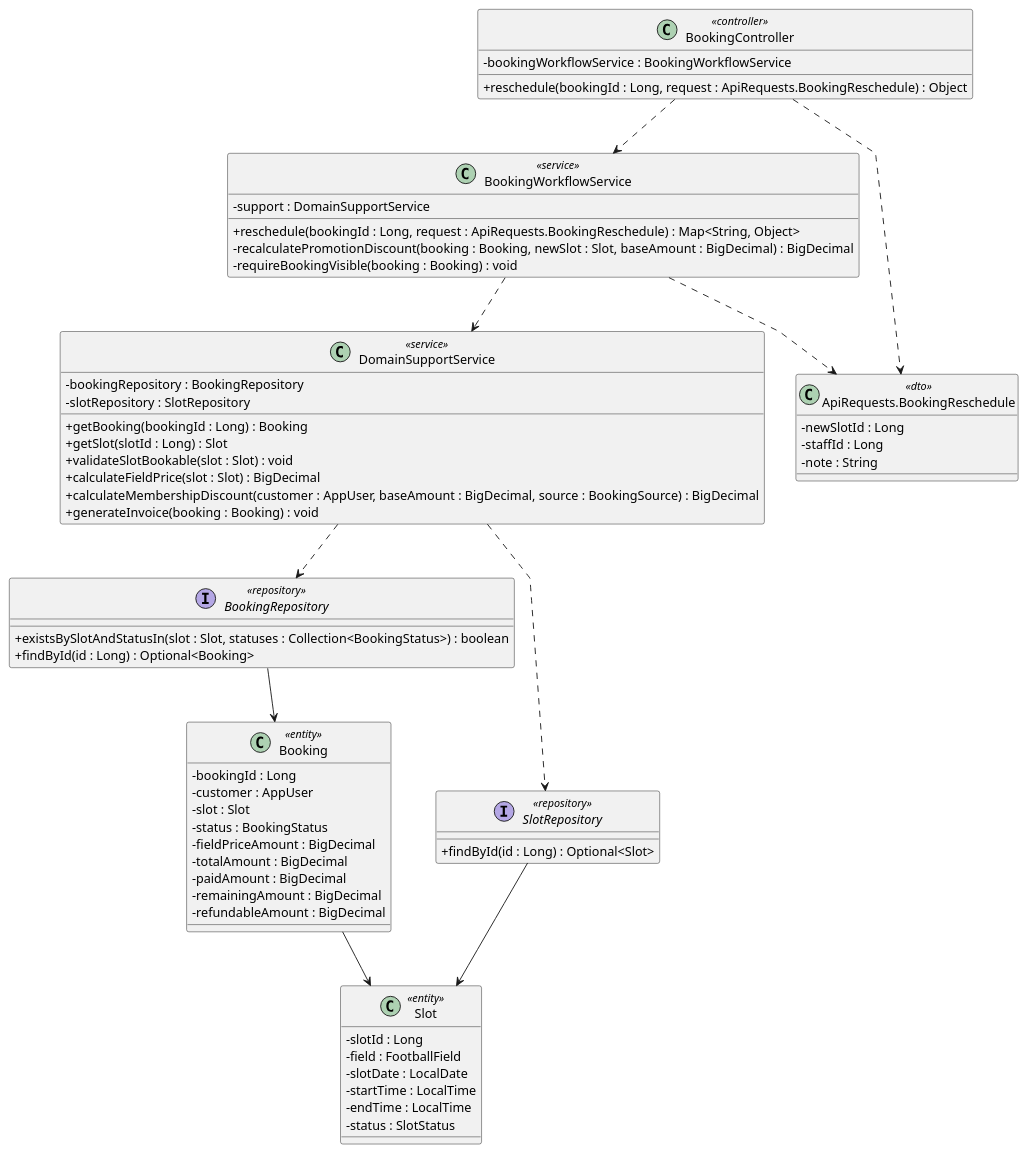
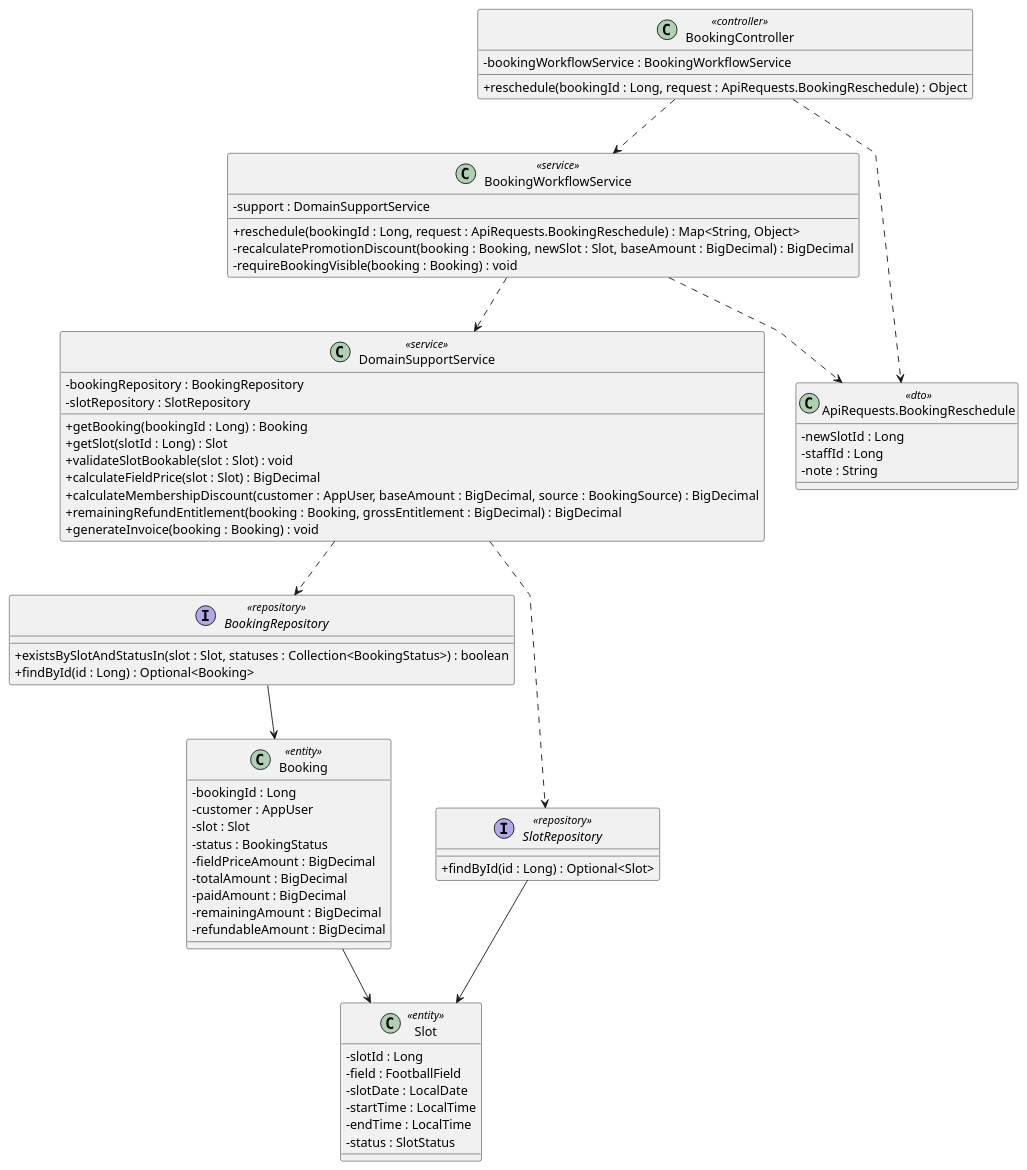
Before and after one commit to maxwell1904/SWP391_G3: the diagram in docs/Class Diagram/reschedule-booking.puml, drawn with PlantUML. The commit also changed 99 other files, not shown here.

```diff
--- a/docs/Class Diagram/reschedule-booking.puml
+++ b/docs/Class Diagram/reschedule-booking.puml
@@ -1,78 +1,79 @@
 @startuml
 
 skinparam classAttributeIconSize 0
 skinparam linetype polyline
 
 class BookingController <<controller>> {
     -bookingWorkflowService : BookingWorkflowService
 
     +reschedule(bookingId : Long, request : ApiRequests.BookingReschedule) : Object
 }
 
 class BookingWorkflowService <<service>> {
     -support : DomainSupportService
 
     +reschedule(bookingId : Long, request : ApiRequests.BookingReschedule) : Map<String, Object>
     -recalculatePromotionDiscount(booking : Booking, newSlot : Slot, baseAmount : BigDecimal) : BigDecimal
     -requireBookingVisible(booking : Booking) : void
 }
 
 class DomainSupportService <<service>> {
     -bookingRepository : BookingRepository
     -slotRepository : SlotRepository
 
     +getBooking(bookingId : Long) : Booking
     +getSlot(slotId : Long) : Slot
     +validateSlotBookable(slot : Slot) : void
     +calculateFieldPrice(slot : Slot) : BigDecimal
     +calculateMembershipDiscount(customer : AppUser, baseAmount : BigDecimal, source : BookingSource) : BigDecimal
+    +remainingRefundEntitlement(booking : Booking, grossEntitlement : BigDecimal) : BigDecimal
     +generateInvoice(booking : Booking) : void
 }
 
 class "ApiRequests.BookingReschedule" as BookingRescheduleDTO <<dto>> {
     -newSlotId : Long
     -staffId : Long
     -note : String
 }
 
 interface BookingRepository <<repository>> {
     +existsBySlotAndStatusIn(slot : Slot, statuses : Collection<BookingStatus>) : boolean
     +findById(id : Long) : Optional<Booking>
 }
 
 interface SlotRepository <<repository>> {
     +findById(id : Long) : Optional<Slot>
 }
 
 class Booking <<entity>> {
     -bookingId : Long
     -customer : AppUser
     -slot : Slot
     -status : BookingStatus
     -fieldPriceAmount : BigDecimal
     -totalAmount : BigDecimal
     -paidAmount : BigDecimal
     -remainingAmount : BigDecimal
     -refundableAmount : BigDecimal
 }
 
 class Slot <<entity>> {
     -slotId : Long
     -field : FootballField
     -slotDate : LocalDate
     -startTime : LocalTime
     -endTime : LocalTime
     -status : SlotStatus
 }
 
 BookingController ..> BookingWorkflowService
 BookingController ..> BookingRescheduleDTO
 BookingWorkflowService ..> BookingRescheduleDTO
 BookingWorkflowService ..> DomainSupportService
 DomainSupportService ..> BookingRepository
 DomainSupportService ..> SlotRepository
 BookingRepository --> Booking
 SlotRepository --> Slot
 Booking --> Slot
 
 @enduml
```
